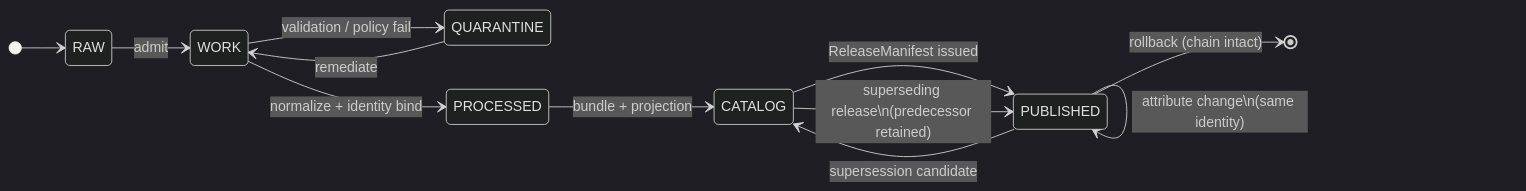
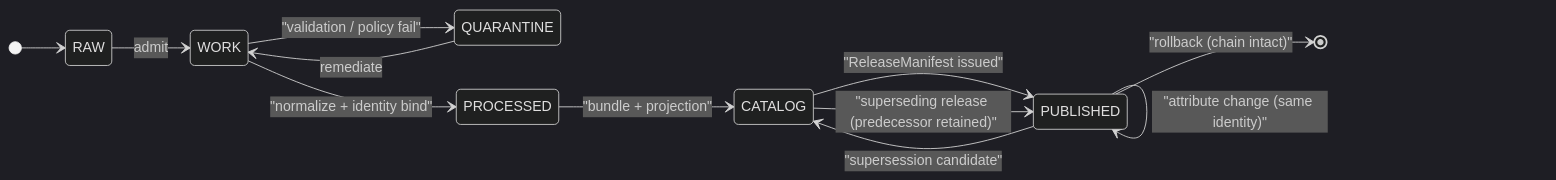
Before and after one commit to bartytime4life/Kansas-Frontier-Matrix: the diagram in docs/domains/settlements-infrastructure/CONTINUITY_INVENTORY.md, drawn with Mermaid (dark theme). The commit also changed other lines of this file, not shown here.

````diff
--- a/docs/domains/settlements-infrastructure/CONTINUITY_INVENTORY.md
+++ b/docs/domains/settlements-infrastructure/CONTINUITY_INVENTORY.md
@@ -196,15 +212,15 @@
 ```mermaid
 stateDiagram-v2
     direction LR
     [*] --> RAW
     RAW --> WORK : admit
-    WORK --> QUARANTINE : validation / policy fail
-    WORK --> PROCESSED : normalize + identity bind
+    WORK --> QUARANTINE : "validation / policy fail"
+    WORK --> PROCESSED : "normalize + identity bind"
     QUARANTINE --> WORK : remediate
-    PROCESSED --> CATALOG : bundle + projection
-    CATALOG --> PUBLISHED : ReleaseManifest issued
-    PUBLISHED --> PUBLISHED : attribute change\n(same identity)
-    PUBLISHED --> CATALOG : supersession candidate
-    CATALOG --> PUBLISHED : superseding release\n(predecessor retained)
-    PUBLISHED --> [*] : rollback (chain intact)
+    PROCESSED --> CATALOG : "bundle + projection"
+    CATALOG --> PUBLISHED : "ReleaseManifest issued"
+    PUBLISHED --> PUBLISHED : "attribute change (same identity)"
+    PUBLISHED --> CATALOG : "supersession candidate"
+    CATALOG --> PUBLISHED : "superseding release (predecessor retained)"
+    PUBLISHED --> [*] : "rollback (chain intact)"
 ```
````
